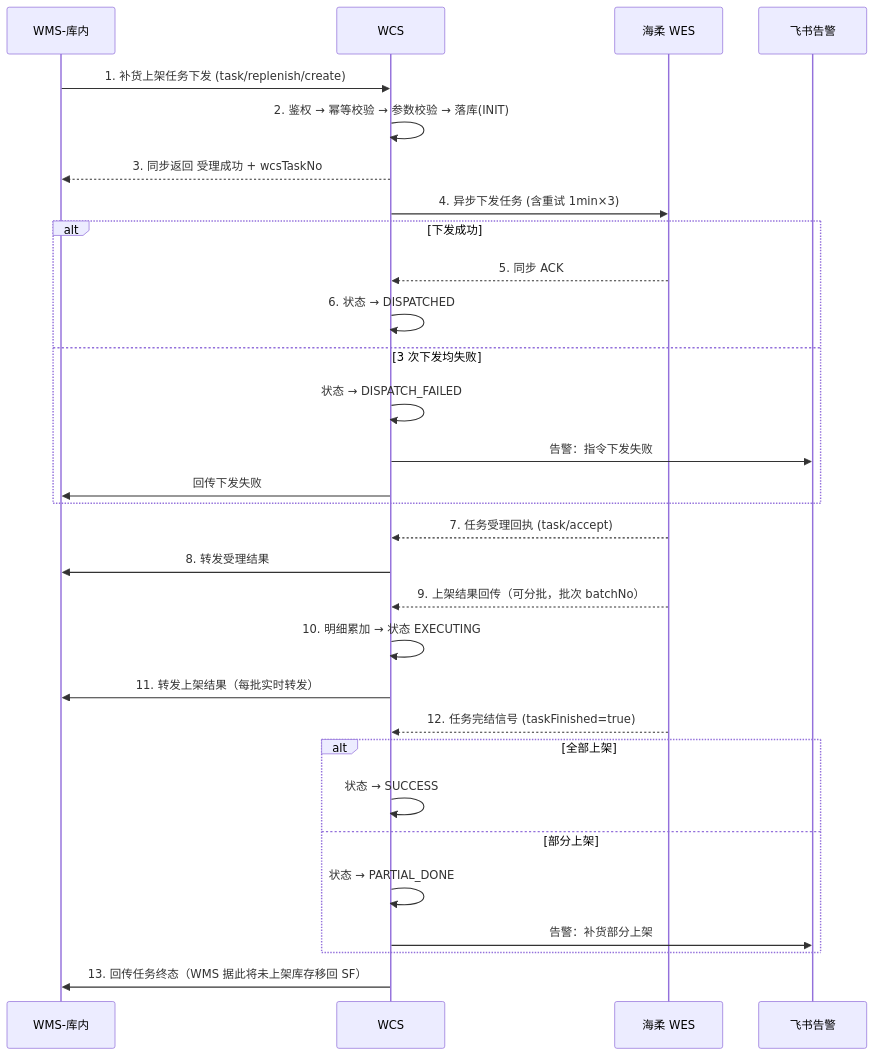
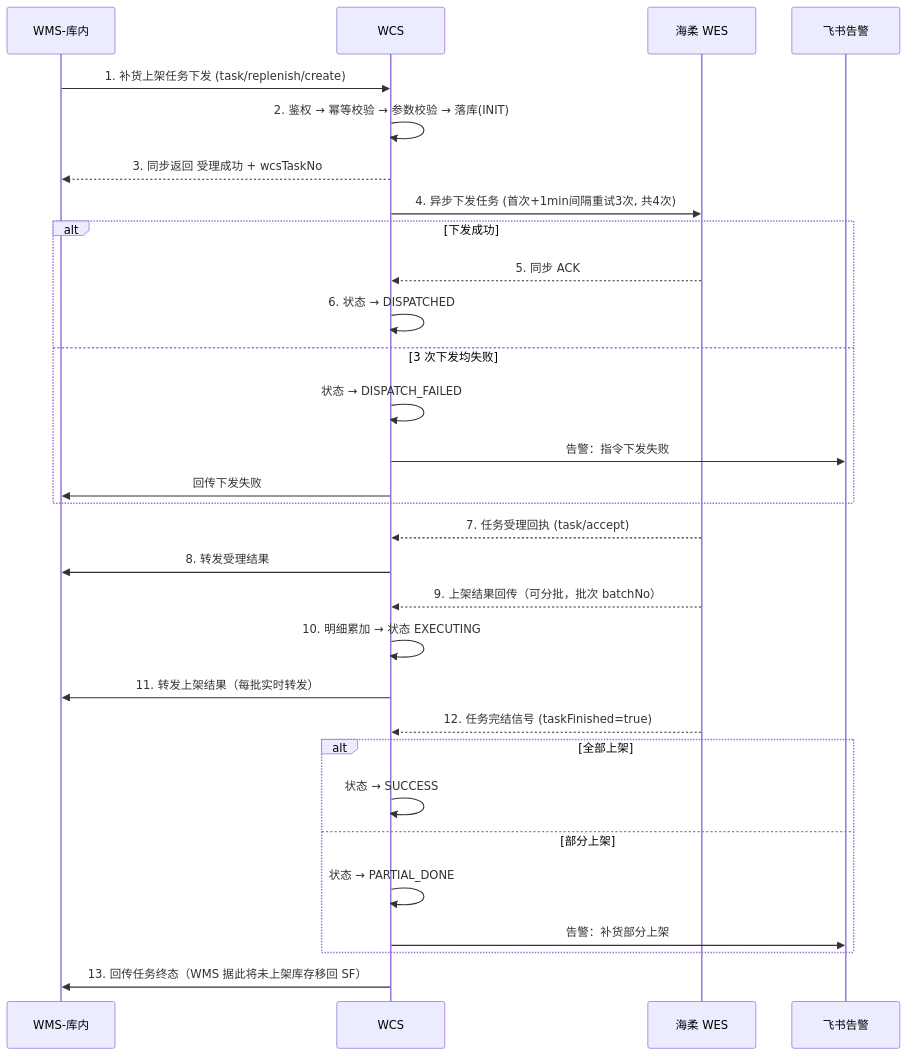
One commit to generous-jiang/jiangzw changed the first of 5 diagrams in docs/wcs/WCS子PRD_台州海柔飞箱项目.md. Above: the diagram before and after it, drawn with Mermaid. The commit also changed other lines of this file and 13 other files, not shown here.

````diff
--- a/docs/wcs/WCS子PRD_台州海柔飞箱项目.md
+++ b/docs/wcs/WCS子PRD_台州海柔飞箱项目.md
@@ -139,33 +142,33 @@
 ```mermaid
 sequenceDiagram
     participant WMS as WMS-库内
     participant WCS as WCS
     participant WES as 海柔 WES
     participant FS as 飞书告警
 
     WMS->>WCS: 1. 补货上架任务下发 (task/replenish/create)
     WCS->>WCS: 2. 鉴权 → 幂等校验 → 参数校验 → 落库(INIT)
     WCS-->>WMS: 3. 同步返回 受理成功 + wcsTaskNo
-    WCS->>WES: 4. 异步下发任务 (含重试 1min×3)
+    WCS->>WES: 4. 异步下发任务 (首次+1min间隔重试3次, 共4次)
     alt 下发成功
         WES-->>WCS: 5. 同步 ACK
         WCS->>WCS: 6. 状态 → DISPATCHED
     else 3 次下发均失败
         WCS->>WCS: 状态 → DISPATCH_FAILED
         WCS->>FS: 告警：指令下发失败
         WCS->>WMS: 回传下发失败
     end
     WES-->>WCS: 7. 任务受理回执 (task/accept)
     WCS->>WMS: 8. 转发受理结果
     WES-->>WCS: 9. 上架结果回传（可分批，批次 batchNo）
     WCS->>WCS: 10. 明细累加 → 状态 EXECUTING
     WCS->>WMS: 11. 转发上架结果（每批实时转发）
     WES-->>WCS: 12. 任务完结信号 (taskFinished=true)
     alt 全部上架
         WCS->>WCS: 状态 → SUCCESS
     else 部分上架
         WCS->>WCS: 状态 → PARTIAL_DONE
         WCS->>FS: 告警：补货部分上架
     end
     WCS->>WMS: 13. 回传任务终态（WMS 据此将未上架库存移回 SF）
 ```
````
